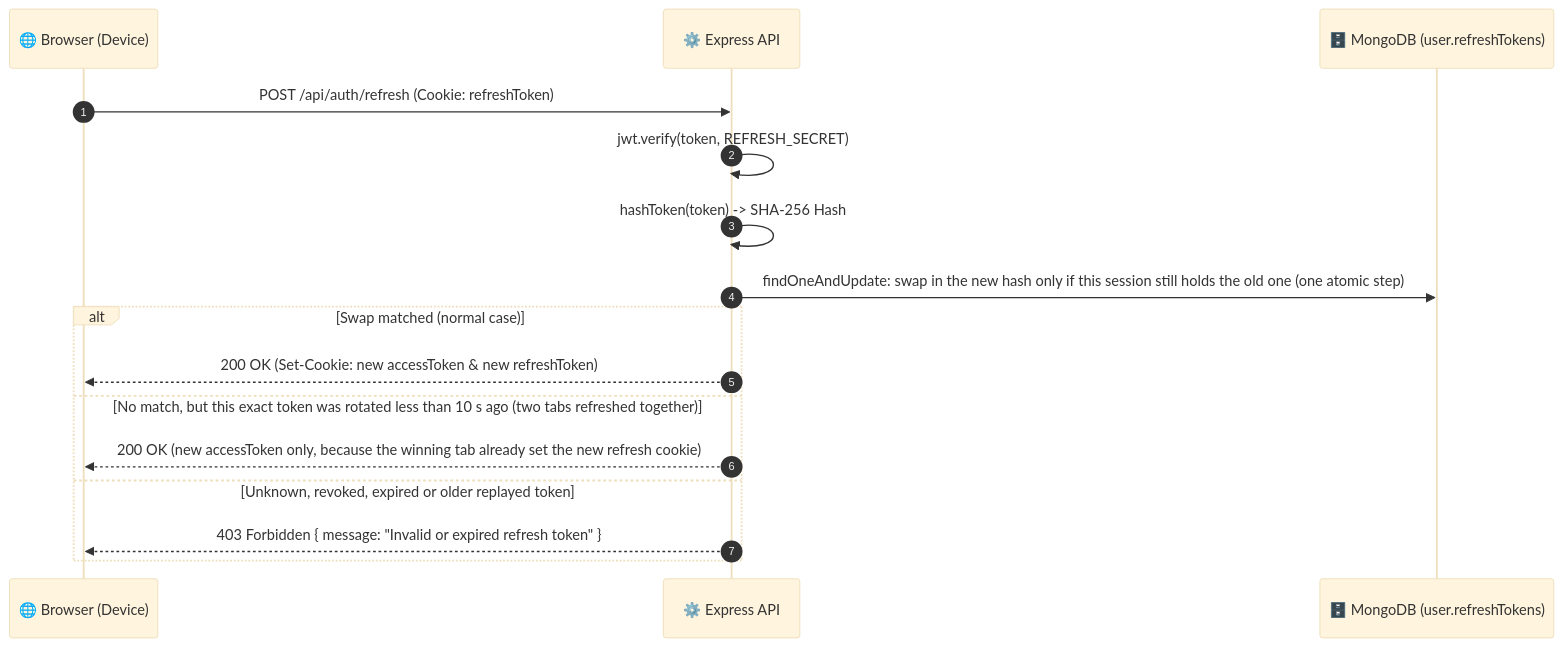
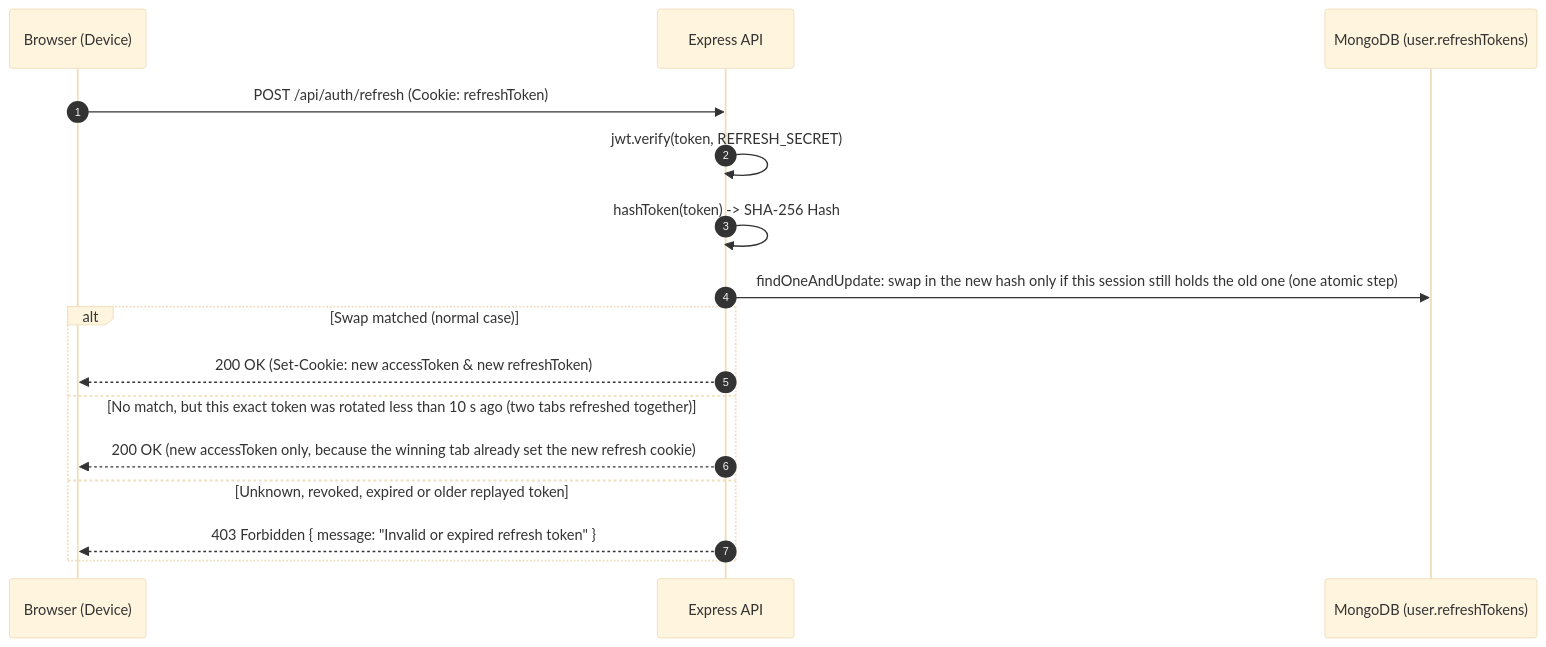
The third of 4 diagrams in README.md (SahilSameer18/prepstack), drawn with Mermaid (base theme) before and after one commit. The commit also changed other lines of this file and 4 other files, not shown here.

Commit message:
docs: reorganize the README for reviewers, add key decisions table, tidy setup, scripts and testing, replace limitations with deployment notes and roadmap

````diff
--- a/README.md
+++ b/README.md
@@ -262,20 +261,20 @@
 ```mermaid
 sequenceDiagram
     autonumber
-    participant Browser as 🌐 Browser (Device)
-    participant API as ⚙️ Express API
-    participant DB as 🗄️ MongoDB (user.refreshTokens)
+    participant Browser as Browser (Device)
+    participant API as Express API
+    participant DB as MongoDB (user.refreshTokens)
 
     Browser->>API: POST /api/auth/refresh (Cookie: refreshToken)
     API->>API: jwt.verify(token, REFRESH_SECRET)
     API->>API: hashToken(token) -> SHA-256 Hash
     API->>DB: findOneAndUpdate: swap in the new hash only if this session still holds the old one (one atomic step)
 
     alt Swap matched (normal case)
         API-->>Browser: 200 OK (Set-Cookie: new accessToken & new refreshToken)
     else No match, but this exact token was rotated less than 10 s ago (two tabs refreshed together)
         API-->>Browser: 200 OK (new accessToken only, because the winning tab already set the new refresh cookie)
     else Unknown, revoked, expired or older replayed token
         API-->>Browser: 403 Forbidden { message: "Invalid or expired refresh token" }
     end
 ```
````
